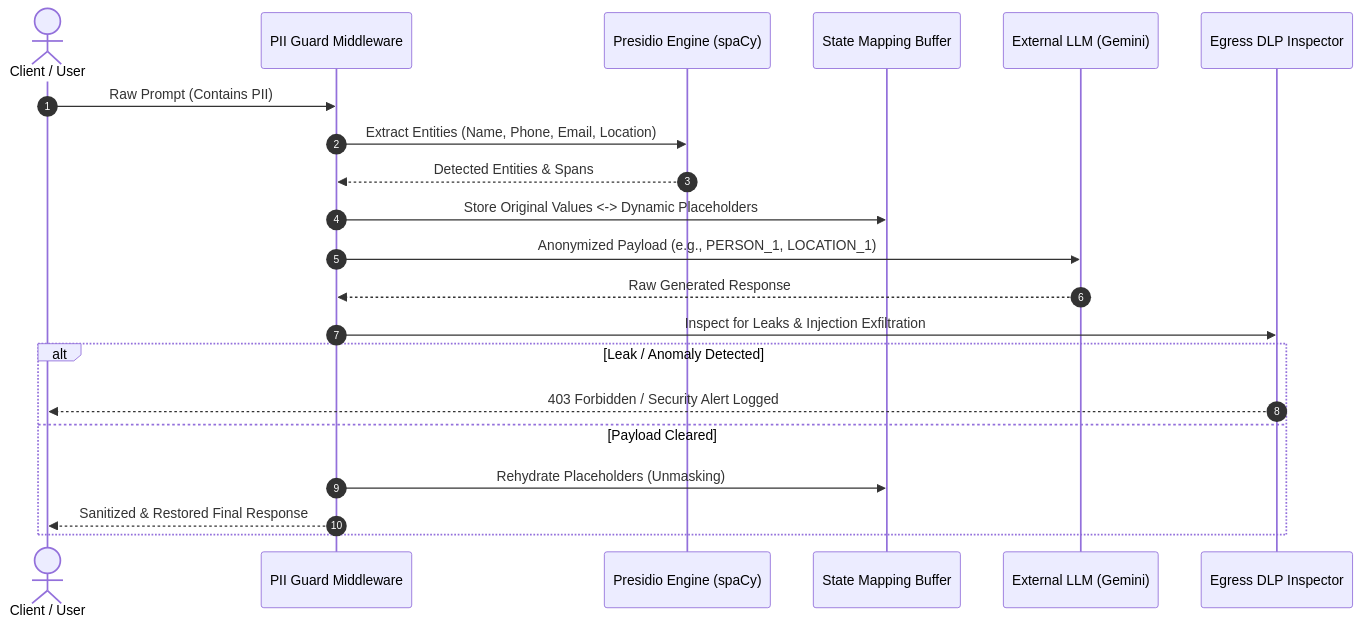
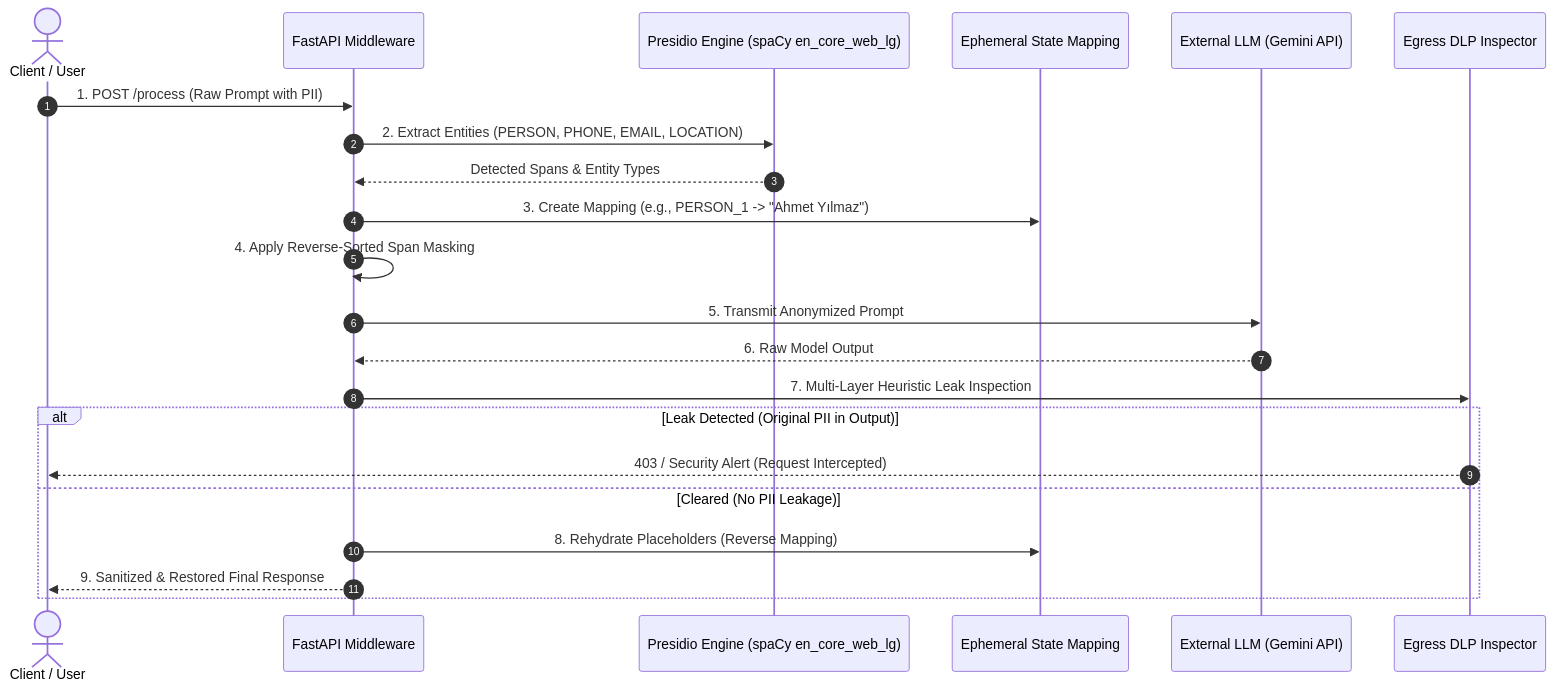
One commit to mfurkanerkan15/pii-guard-middleware changed the diagram in README.md. Above: the diagram before and after it, drawn with Mermaid. The commit also changed other lines of this file and 6 other files, not shown here.

Commit message:
feat: implement multi-layer egress DLP guard, token normalization, and 28-test suite

````diff
--- a/README.md
+++ b/README.md
@@ -17,24 +17,25 @@
 ```mermaid
 sequenceDiagram
     autonumber
-    actor User as Client / User
-    participant Proxy as PII Guard Middleware
-    participant NER as Presidio Engine (spaCy)
-    participant State as State Mapping Buffer
-    participant LLM as External LLM (Gemini)
+    actor Client as Client / User
+    participant Proxy as FastAPI Middleware
+    participant NER as Presidio Engine (spaCy en_core_web_lg)
+    participant Buffer as Ephemeral State Mapping
+    participant LLM as External LLM (Gemini API)
     participant DLP as Egress DLP Inspector
 
-    User->>Proxy: Raw Prompt (Contains PII)
-    Proxy->>NER: Extract Entities (Name, Phone, Email, Location)
-    NER-->>Proxy: Detected Entities & Spans
-    Proxy->>State: Store Original Values <-> Dynamic Placeholders
-    Proxy->>LLM: Anonymized Payload (e.g., PERSON_1, LOCATION_1)
-    LLM-->>Proxy: Raw Generated Response
-    Proxy->>DLP: Inspect for Leaks & Injection Exfiltration
-    alt Leak / Anomaly Detected
-        DLP-->>User: 403 Forbidden / Security Alert Logged
-    else Payload Cleared
-        Proxy->>State: Rehydrate Placeholders (Unmasking)
-        Proxy-->>User: Sanitized & Restored Final Response
+    Client->>Proxy: 1. POST /process (Raw Prompt with PII)
+    Proxy->>NER: 2. Extract Entities (PERSON, PHONE, EMAIL, LOCATION)
+    NER-->>Proxy: Detected Spans & Entity Types
+    Proxy->>Buffer: 3. Create Mapping (e.g., PERSON_1 -> "Ahmet Yılmaz")
+    Proxy->>Proxy: 4. Apply Reverse-Sorted Span Masking
+    Proxy->>LLM: 5. Transmit Anonymized Prompt
+    LLM-->>Proxy: 6. Raw Model Output
+    Proxy->>DLP: 7. Multi-Layer Heuristic Leak Inspection
+    alt Leak Detected (Original PII in Output)
+        DLP-->>Client: 403 / Security Alert (Request Intercepted)
+    else Cleared (No PII Leakage)
+        Proxy->>Buffer: 8. Rehydrate Placeholders (Reverse Mapping)
+        Proxy-->>Client: 9. Sanitized & Restored Final Response
     end
 ```
````
